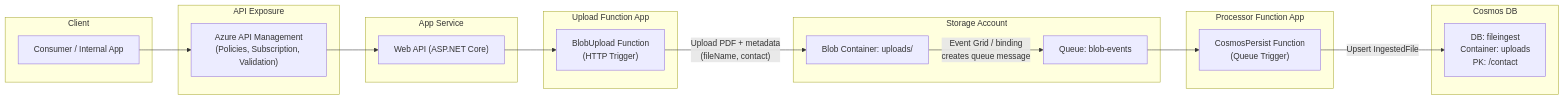
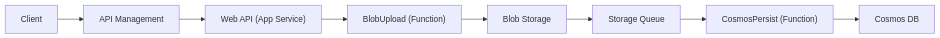
One commit to Roshaa/Azure_File_Ingestion changed the diagram in README.md. Above: the diagram before and after it, drawn with Mermaid.

Commit message:
Revise flow diagram for API architecture
Updated the flow diagram in the README to reflect the new architecture.

````diff
--- a/README.md
+++ b/README.md
@@ -83,40 +83,10 @@
 ```mermaid
 flowchart LR
-    subgraph ClientSide["Client"]
-        U["Consumer / Internal App"]
-    end
-
-    subgraph Edge["API Exposure"]
-        A["Azure API Management\n(Policies, Subscription, Validation)"]
-    end
-
-    subgraph AppTier["App Service"]
-        W["Web API (ASP.NET Core)"]
-    end
-
-    subgraph IngestFunc["Upload Function App"]
-        F1["BlobUpload Function\n(HTTP Trigger)"]
-    end
-
-    subgraph Storage["Storage Account"]
-        B["Blob Container: uploads/"]
-        Q["Queue: blob-events"]
-    end
-
-    subgraph ProcessFunc["Processor Function App"]
-        F2["CosmosPersist Function\n(Queue Trigger)"]
-    end
-
-    subgraph Data["Cosmos DB"]
-        C["DB: fileingest\nContainer: uploads\nPK: /contact"]
-    end
-
-    U --> A
-    A --> W
-    W --> F1
-    F1 -->|"Upload PDF + metadata\n(fileName, contact)"| B
-    B -->|"Event Grid / binding\ncreates queue message"| Q
-    Q --> F2
-    F2 -->|"Upsert IngestedFile"| C
-
+    Client["Client"] --> APIM["API Management"]
+    APIM --> App["Web API (App Service)"]
+    App --> FuncUpload["BlobUpload (Function)"]
+    FuncUpload --> Blob["Blob Storage"]
+    Blob --> Queue["Storage Queue"]
+    Queue --> FuncCosmos["CosmosPersist (Function)"]
+    FuncCosmos --> Cosmos["Cosmos DB"]
 ```
````
